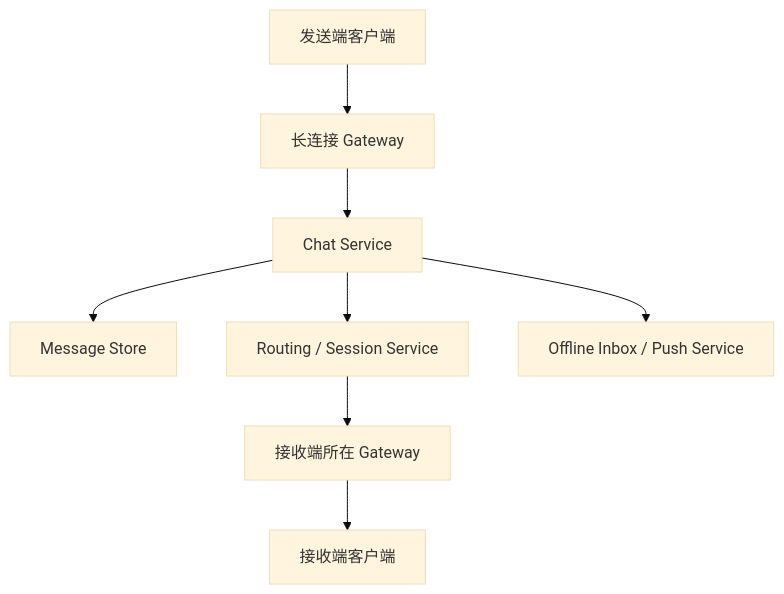
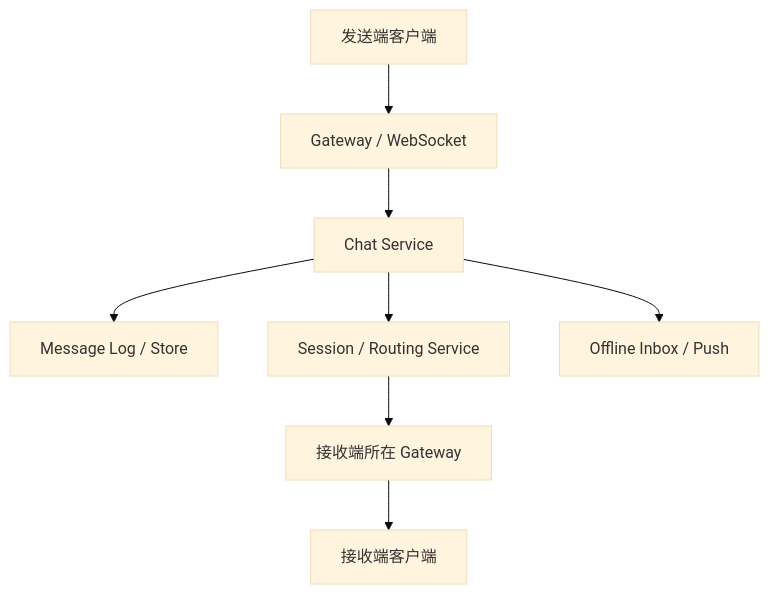
The second of 2 diagrams in 系统设计/07_社交类题型：Feed、Timeline、聊天.md (qxq1997/learning_stuff), drawn with Mermaid (base theme) before and after one commit. The commit also changed other lines of this file and 20 other files, not shown here.

````diff
--- a/系统设计/07_社交类题型：Feed、Timeline、聊天.md
+++ b/系统设计/07_社交类题型：Feed、Timeline、聊天.md
@@ -160,10 +252,10 @@
 ```mermaid
 flowchart TD
-    A["发送端客户端"] --> B["长连接 Gateway"]
+    A["发送端客户端"] --> B["Gateway / WebSocket"]
     B --> C["Chat Service"]
-    C --> D["Message Store"]
-    C --> E["Routing / Session Service"]
+    C --> D["Message Log / Store"]
+    C --> E["Session / Routing Service"]
     E --> F["接收端所在 Gateway"]
     F --> G["接收端客户端"]
-    C --> H["Offline Inbox / Push Service"]
+    C --> H["Offline Inbox / Push"]
 ```
````
